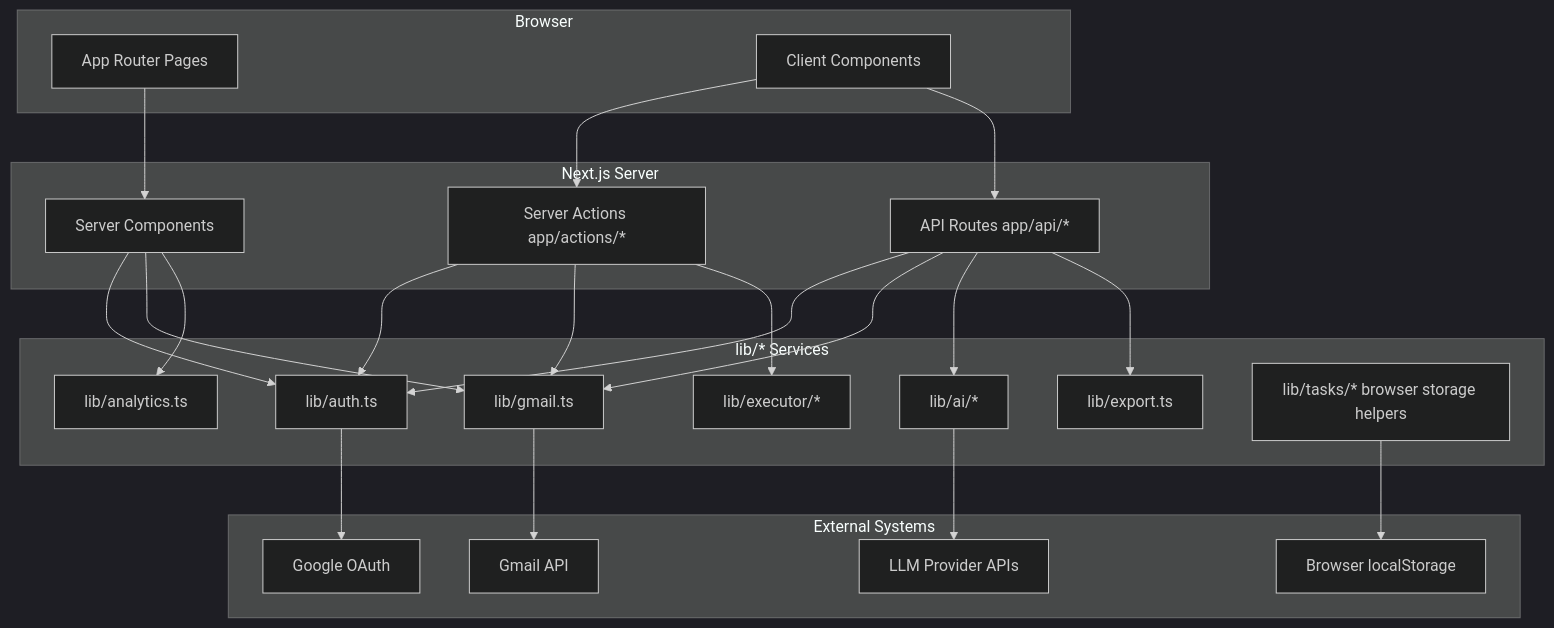
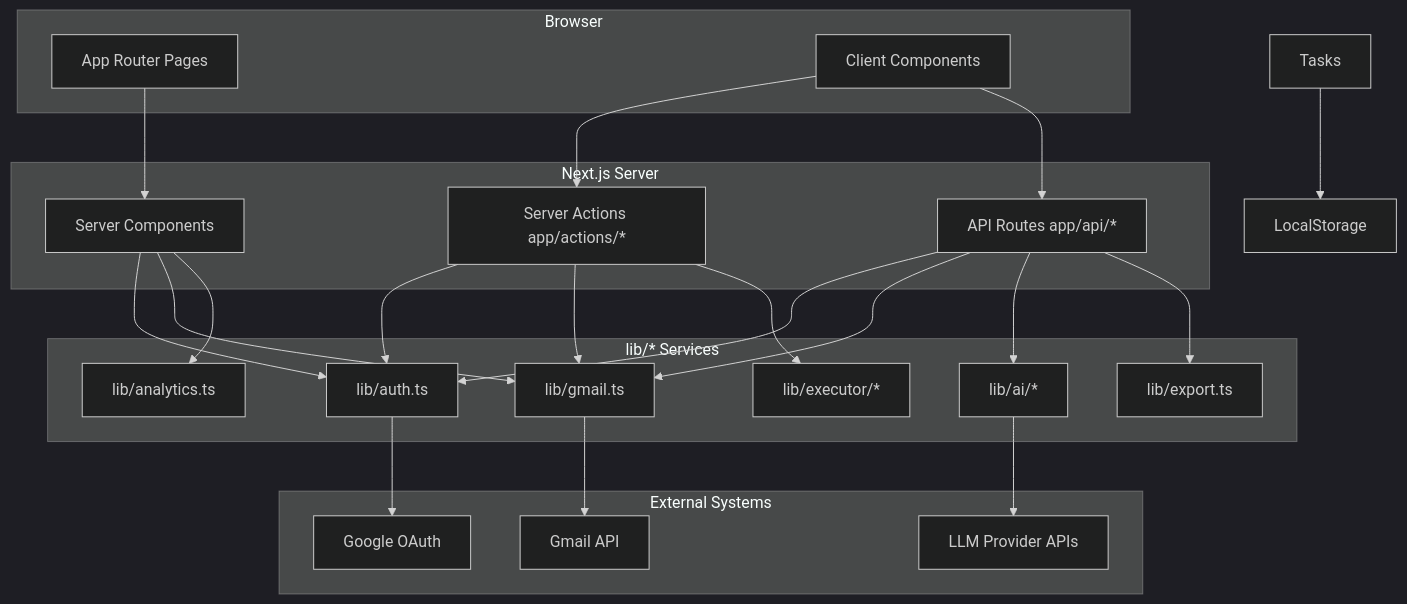
The diagram in docs/architecture.md (ramkothari/emailair), drawn with Mermaid (dark theme) before and after one commit. The commit also changed other lines of this file and 36 other files, not shown here.

````diff
--- a/docs/architecture.md
+++ b/docs/architecture.md
@@ -26,48 +26,46 @@
 ```mermaid
 flowchart TB
   subgraph client [Browser]
     Pages[App Router Pages]
     ClientComponents[Client Components]
   end
 
   subgraph nextjs [Next.js Server]
     ServerComponents[Server Components]
     ServerActions["Server Actions app/actions/*"]
     APIRoutes["API Routes app/api/*"]
   end
 
   subgraph lib [lib/* Services]
     Auth[lib/auth.ts]
     Gmail[lib/gmail.ts]
     Analytics[lib/analytics.ts]
     AI[lib/ai/*]
     Executor[lib/executor/*]
     Export[lib/export.ts]
-    Tasks[lib/tasks/* browser storage helpers]
   end
 
   subgraph external [External Systems]
     GoogleOAuth[Google OAuth]
     GmailAPI[Gmail API]
     LLM[LLM Provider APIs]
-    LocalStorage[Browser localStorage]
   end
 
   Pages --> ServerComponents
   ClientComponents --> ServerActions
   ClientComponents --> APIRoutes
   ServerComponents --> Auth
   ServerComponents --> Gmail
   ServerComponents --> Analytics
   ServerActions --> Auth
   ServerActions --> Gmail
   ServerActions --> Executor
   APIRoutes --> Auth
   APIRoutes --> Gmail
   APIRoutes --> AI
   APIRoutes --> Export
   AI --> LLM
   Auth --> GoogleOAuth
   Gmail --> GmailAPI
   Tasks --> LocalStorage
 ```
````
